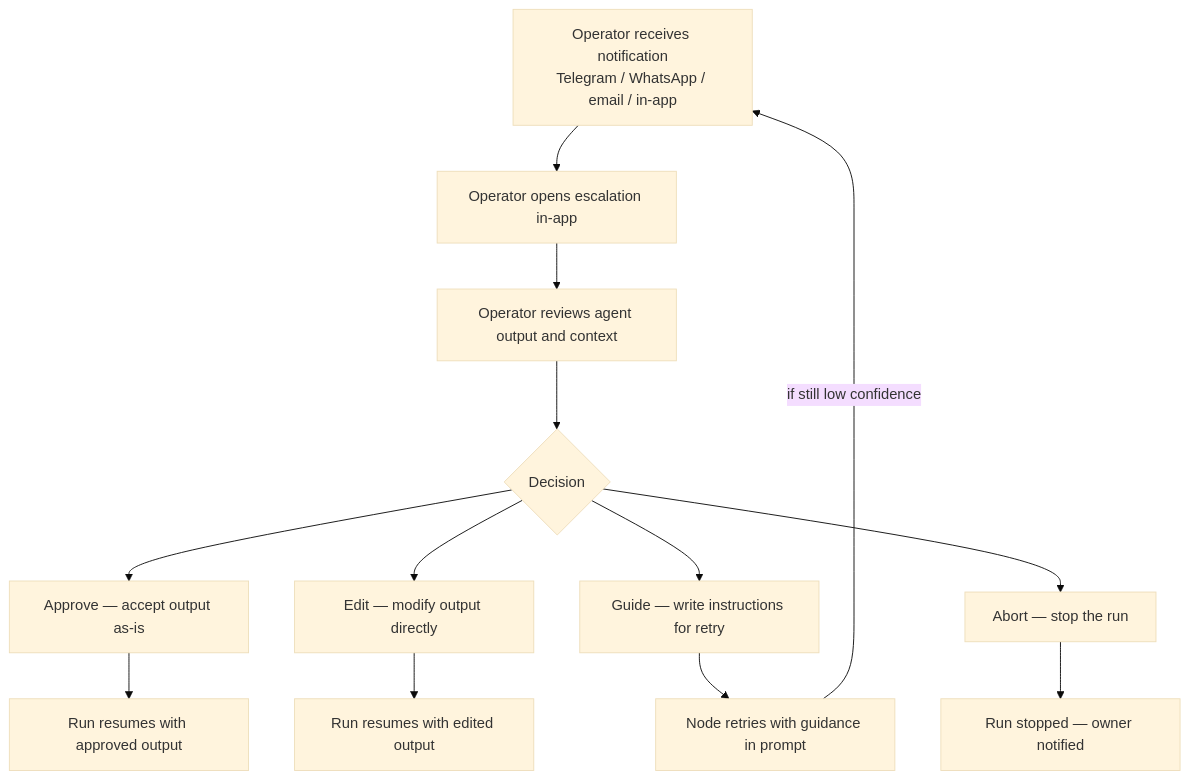
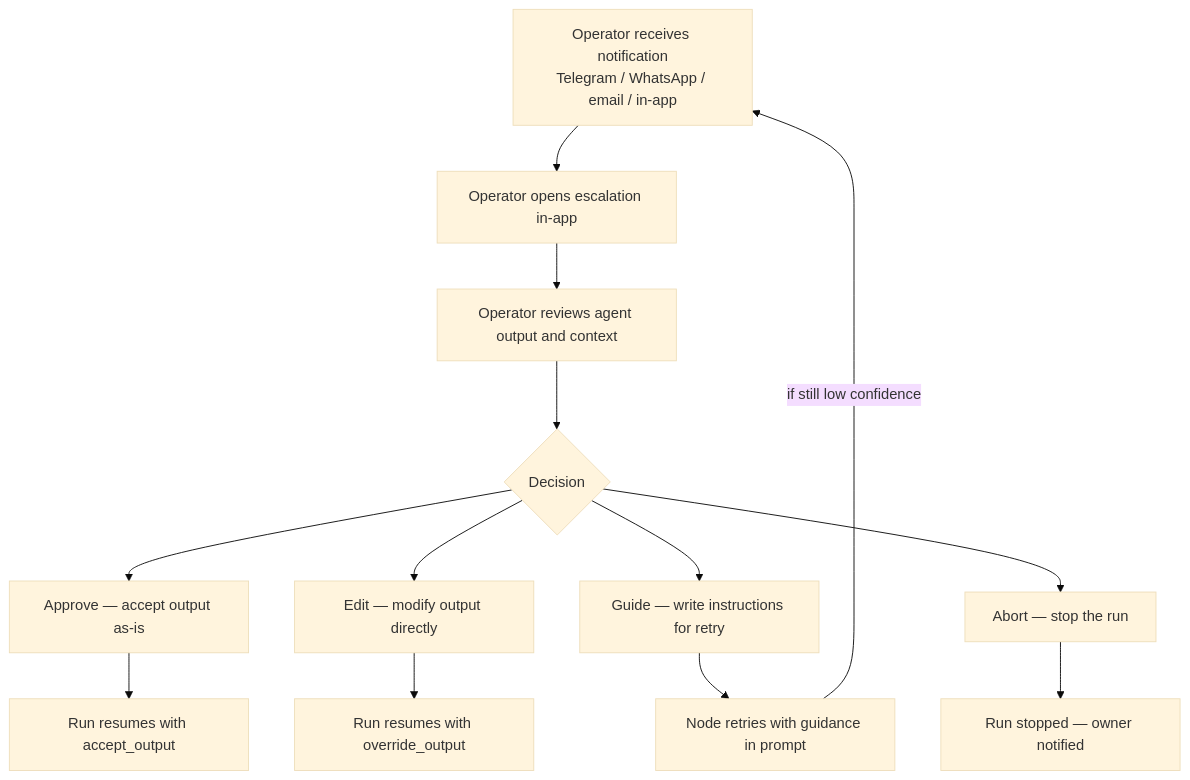
The fourth of 4 diagrams in docs/sysdesign/use-cases/core.md (crea8r/knotwork), drawn with Mermaid (base theme) before and after one commit. The commit also changed 190 other files, not shown here.

````diff
--- a/docs/sysdesign/use-cases/core.md
+++ b/docs/sysdesign/use-cases/core.md
@@ -138,26 +138,26 @@
 ```mermaid
 graph TD
   UC3_1[Operator receives notification\nTelegram / WhatsApp / email / in-app]
   UC3_2[Operator opens escalation in-app]
   UC3_3[Operator reviews agent output and context]
 
   UC3_4{Decision}
 
   UC3_5[Approve — accept output as-is]
   UC3_6[Edit — modify output directly]
   UC3_7[Guide — write instructions for retry]
   UC3_8[Abort — stop the run]
 
-  UC3_9[Run resumes with approved output]
-  UC3_10[Run resumes with edited output]
+  UC3_9[Run resumes with accept_output]
+  UC3_10[Run resumes with override_output]
   UC3_11[Node retries with guidance in prompt]
   UC3_12[Run stopped — owner notified]
 
   UC3_1 --> UC3_2 --> UC3_3 --> UC3_4
   UC3_4 --> UC3_5 --> UC3_9
   UC3_4 --> UC3_6 --> UC3_10
   UC3_4 --> UC3_7 --> UC3_11
   UC3_4 --> UC3_8 --> UC3_12
 
   UC3_11 -->|if still low confidence| UC3_1
 ```
````
